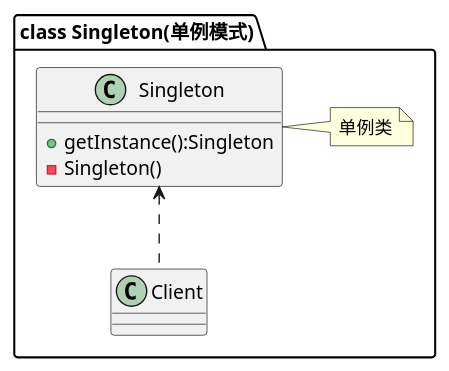
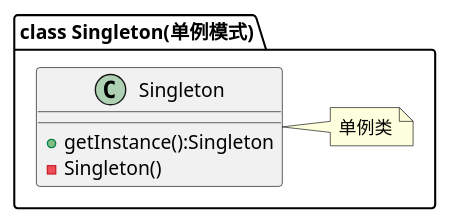
One commit to li-shengming/gitbook changed the diagram in source/_posts/singleton-design-pattern.md. Above: the diagram before and after it, drawn with PlantUML. The commit also changed other lines of this file, not shown here.

```diff
--- a/source/_posts/singleton-design-pattern.md
+++ b/source/_posts/singleton-design-pattern.md
@@ -16,13 +16,11 @@
 {% plantuml %}
 package "class Singleton(单例模式)" {
 
     class Singleton
     {
     +getInstance():Singleton
     -Singleton()
     }
     note right: 单例类
-
-    Singleton <.. Client
 }
 {% endplantuml %}
```
